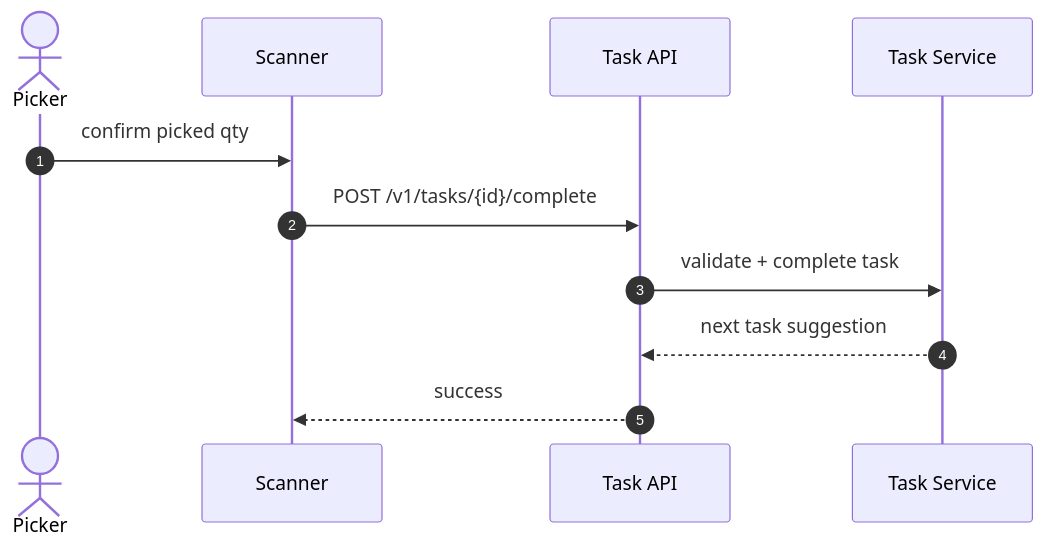
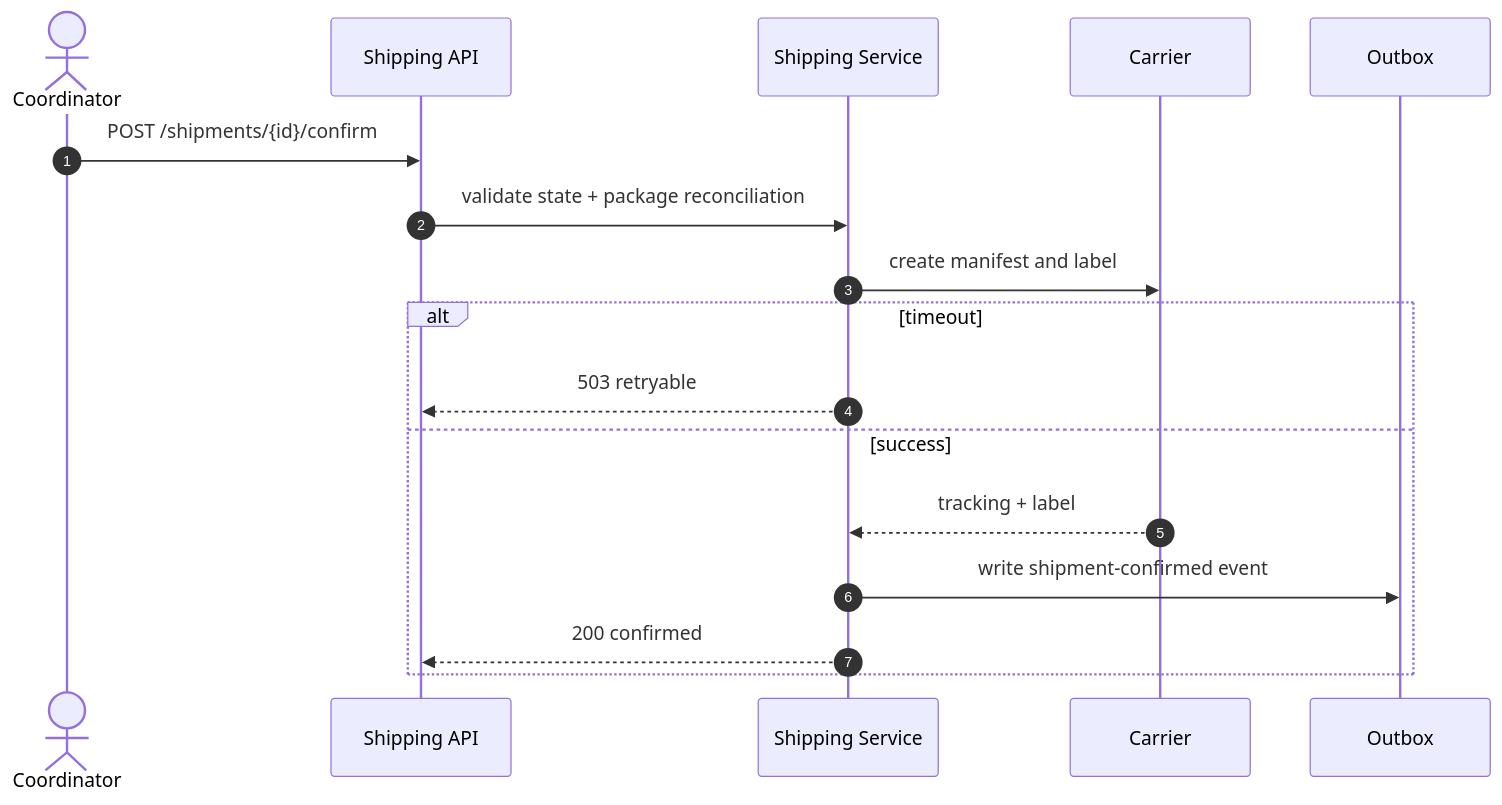
The second of 2 diagrams in Warehouse Management System/high-level-design/system-sequence-diagrams.md (0Ankit0/Project-Ideas), drawn with Mermaid before and after one commit. The commit also changed other lines of this file and 38 other files, not shown here.

````diff
--- a/Warehouse Management System/high-level-design/system-sequence-diagrams.md
+++ b/Warehouse Management System/high-level-design/system-sequence-diagrams.md
@@ -20,14 +30,20 @@
 ```mermaid
 sequenceDiagram
     autonumber
-    actor Picker
-    participant Scanner
-    participant API as Task API
-    participant Task as Task Service
+    actor Coordinator
+    participant API as Shipping API
+    participant SH as Shipping Service
+    participant Carrier
+    participant Outbox
 
-    Picker->>Scanner: confirm picked qty
-    Scanner->>API: POST /v1/tasks/{id}/complete
-    API->>Task: validate + complete task
-    Task-->>API: next task suggestion
-    API-->>Scanner: success
+    Coordinator->>API: POST /shipments/{id}/confirm
+    API->>SH: validate state + package reconciliation
+    SH->>Carrier: create manifest and label
+    alt timeout
+      SH-->>API: 503 retryable
+    else success
+      Carrier-->>SH: tracking + label
+      SH->>Outbox: write shipment-confirmed event
+      SH-->>API: 200 confirmed
+    end
 ```
````
